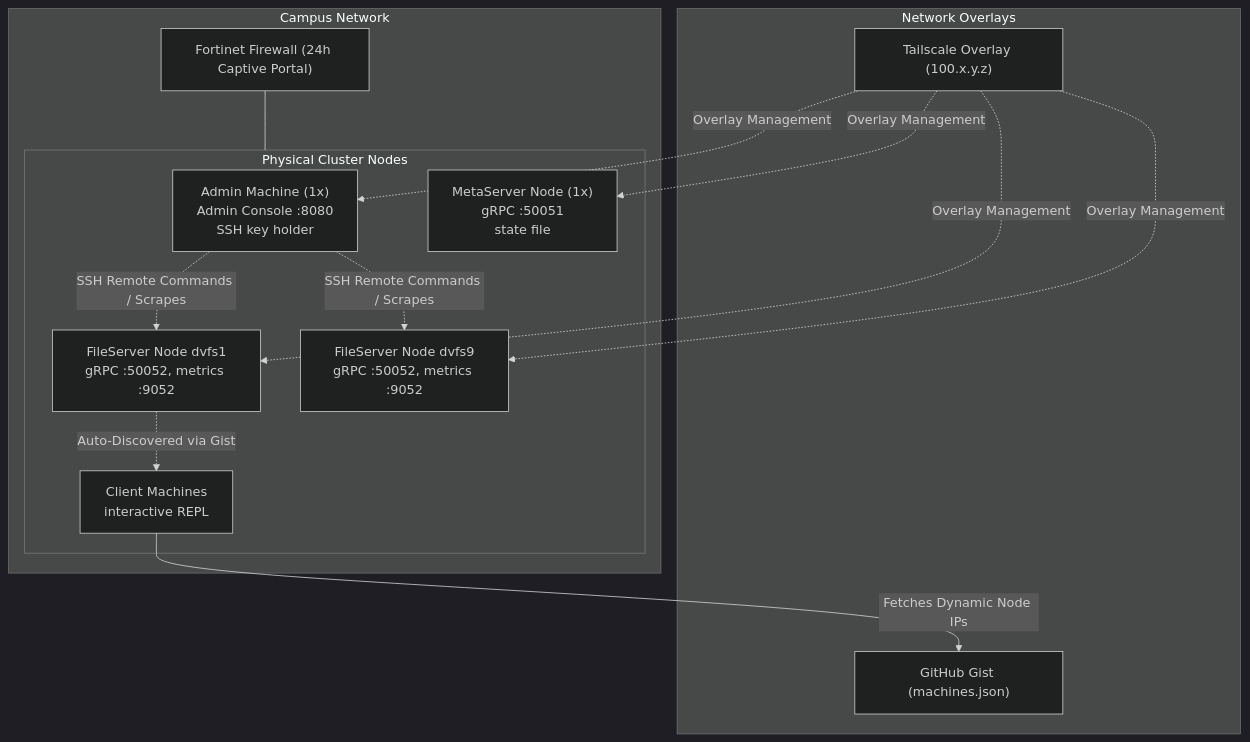
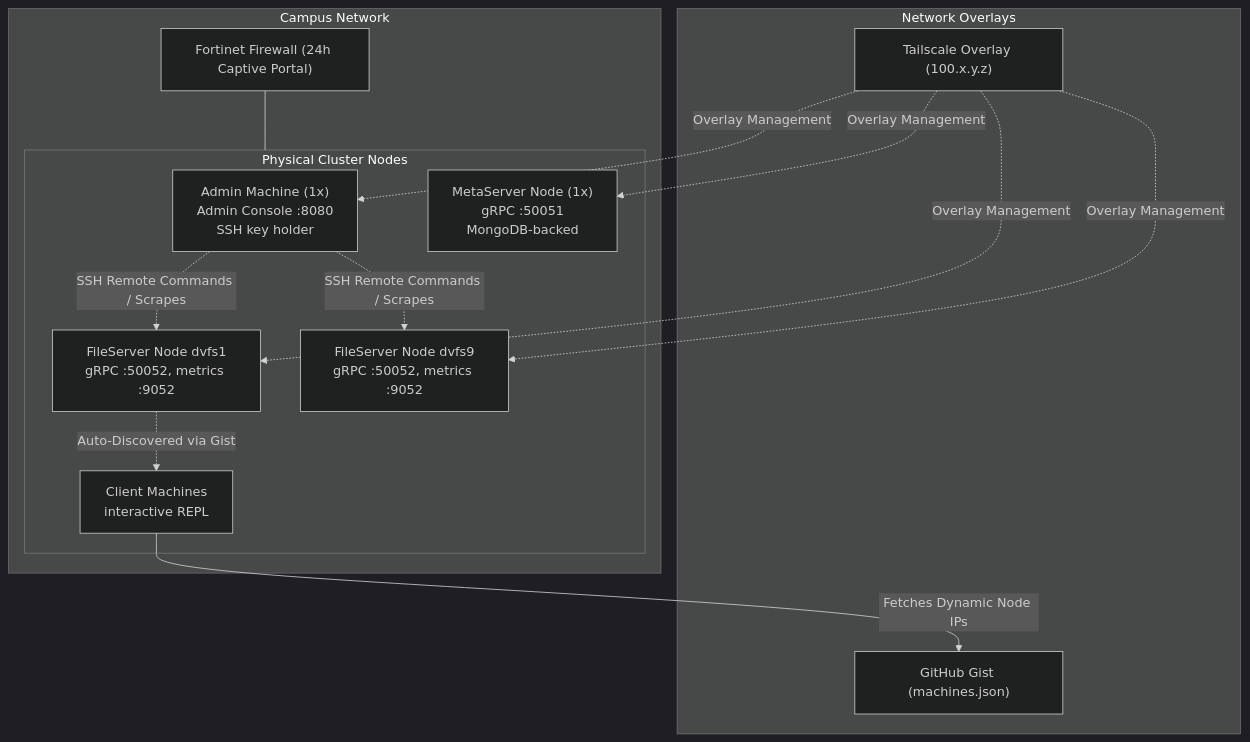
One commit to DVFS-IIT-Gandhinagar/Distributed-Virtual-File-System changed the fifth of 6 diagrams in docs/diagrams/overview.md. Above: the diagram before and after it, drawn with Mermaid (dark theme). The commit also changed other lines of this file and 15 other files, not shown here.

````diff
--- a/docs/diagrams/overview.md
+++ b/docs/diagrams/overview.md
@@ -195,30 +195,30 @@
 ```mermaid
 graph TD
     subgraph CampusNetwork["Campus Network"]
         FN["Fortinet Firewall (24h Captive Portal)"]
         
         subgraph PhysicalNodes["Physical Cluster Nodes"]
             ADMIN_HOST["Admin Machine (1x)<br>Admin Console :8080<br>SSH key holder"]
-            META_HOST["MetaServer Node (1x)<br>gRPC :50051<br>state file"]
+            META_HOST["MetaServer Node (1x)<br>gRPC :50051<br>MongoDB-backed"]
             FS1_HOST["FileServer Node dvfs1<br>gRPC :50052, metrics :9052"]
             FS9_HOST["FileServer Node dvfs9<br>gRPC :50052, metrics :9052"]
             CLIENT_HOST["Client Machines<br>interactive REPL"]
         end
     end
 
     subgraph Overlays["Network Overlays"]
         TS["Tailscale Overlay (100.x.y.z)"]
         GH["GitHub Gist (machines.json)"]
     end
 
     FN --- PhysicalNodes
     TS -.->|"Overlay Management"| ADMIN_HOST
     TS -.->|"Overlay Management"| META_HOST
     TS -.->|"Overlay Management"| FS1_HOST
     TS -.->|"Overlay Management"| FS9_HOST
     
     ADMIN_HOST -.->|"SSH Remote Commands / Scrapes"| FS1_HOST
     ADMIN_HOST -.->|"SSH Remote Commands / Scrapes"| FS9_HOST
     CLIENT_HOST -->|"Fetches Dynamic Node IPs"| GH
     FS1_HOST -.->|"Auto-Discovered via Gist"| CLIENT_HOST
 ```
````
